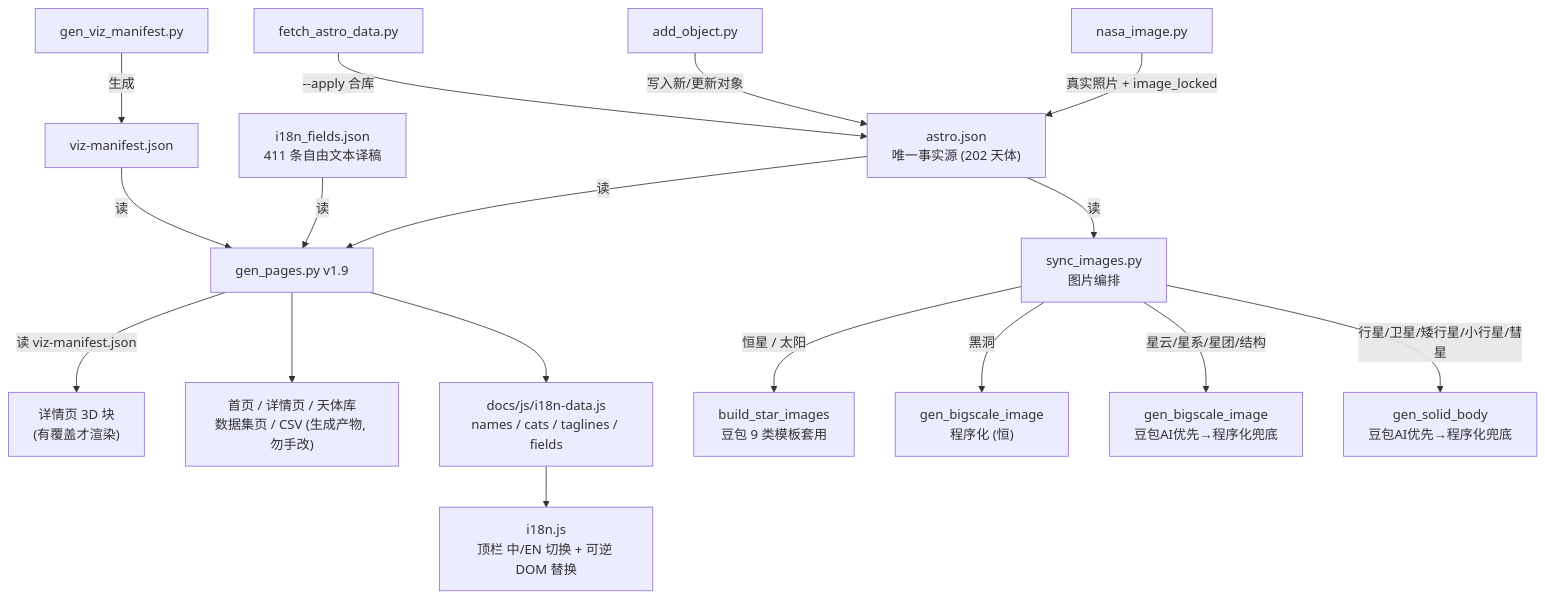
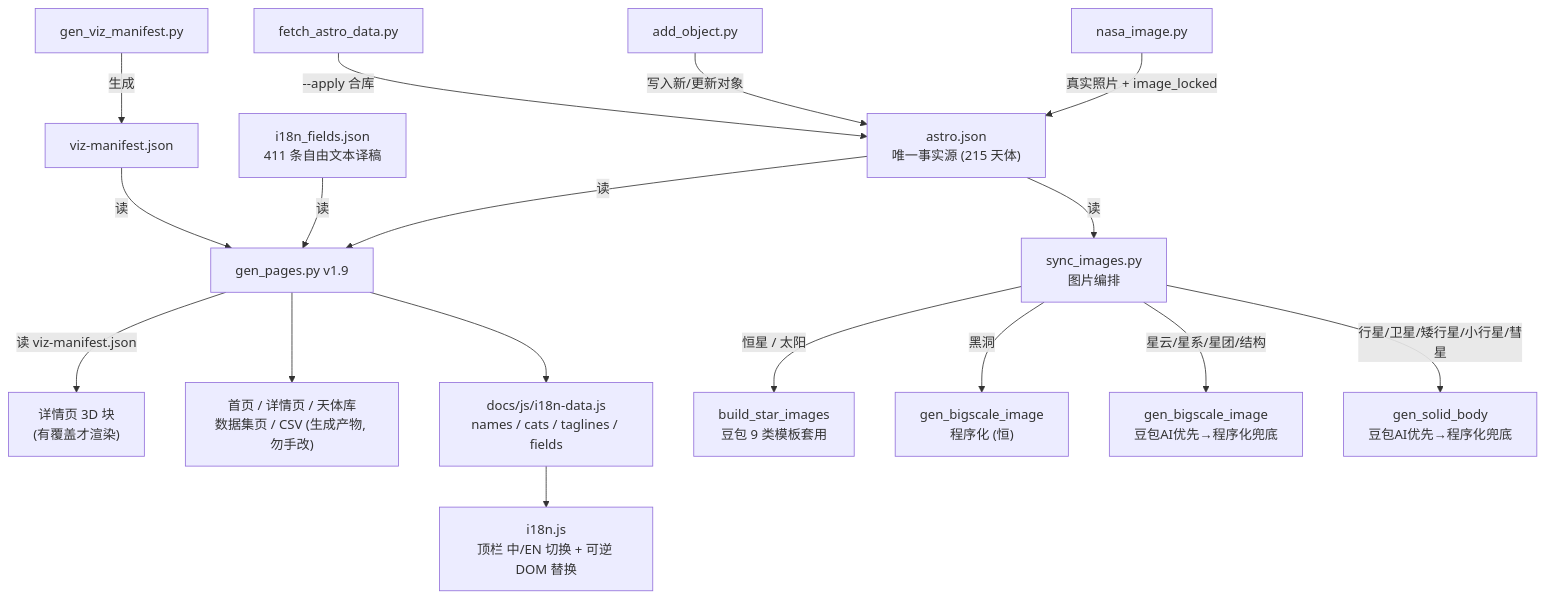
Before and after one commit to yufengwolf/astro-blog: the first of 9 diagrams in 维护指南.md, drawn with Mermaid. The commit also changed other lines of this file and 243 other files, not shown here.

````diff
--- a/维护指南.md
+++ b/维护指南.md
@@ -11,19 +11,19 @@
 ```mermaid
 flowchart TD
-    A["astro.json<br/>唯一事实源 (202 天体)"] -->|读| B["gen_pages.py v1.9"]
+    A["astro.json<br/>唯一事实源 (215 天体)"] -->|读| B["gen_pages.py v1.9"]
     B -->|读 viz-manifest.json| V["详情页 3D 块<br/>(有覆盖才渲染)"]
     B --> C["首页 / 详情页 / 天体库<br/>数据集页 / CSV (生成产物, 勿手改)"]
     FE["i18n_fields.json<br/>411 条自由文本译稿"] -->|读| B
     B --> ID["docs/js/i18n-data.js<br/>names / cats / taglines / fields"]
     ID --> RT["i18n.js<br/>顶栏 中/EN 切换 + 可逆 DOM 替换"]
     VM["gen_viz_manifest.py"] -->|生成| VMF["viz-manifest.json"]
     VMF -->|读| B
     A -->|读| D["sync_images.py<br/>图片编排"]
     D -->|恒星 / 太阳| E["build_star_images<br/>豆包 9 类模板套用"]
     D -->|黑洞| F0["gen_bigscale_image<br/>程序化 (恒)"]
     D -->|星云/星系/星团/结构| F["gen_bigscale_image<br/>豆包AI优先→程序化兜底"]
     D -->|行星/卫星/矮行星/小行星/彗星| G["gen_solid_body<br/>豆包AI优先→程序化兜底"]
     H["nasa_image.py"] -->|真实照片 + image_locked| A
     I["add_object.py"] -->|写入新/更新对象| A
     J["fetch_astro_data.py"] -->|--apply 合库| A
 ```
````
